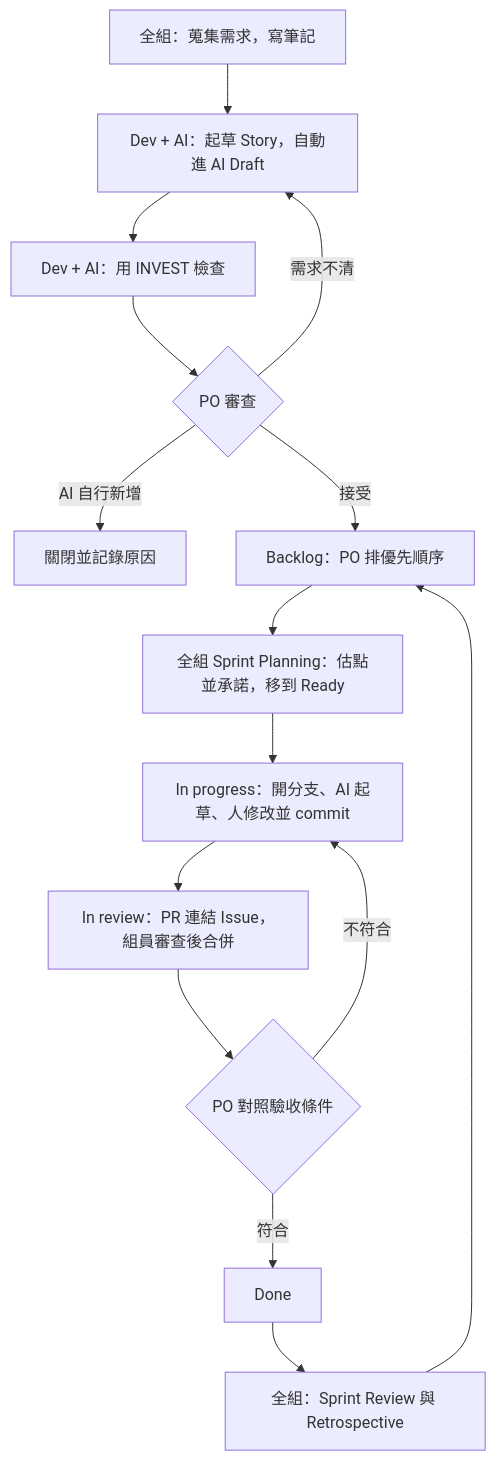
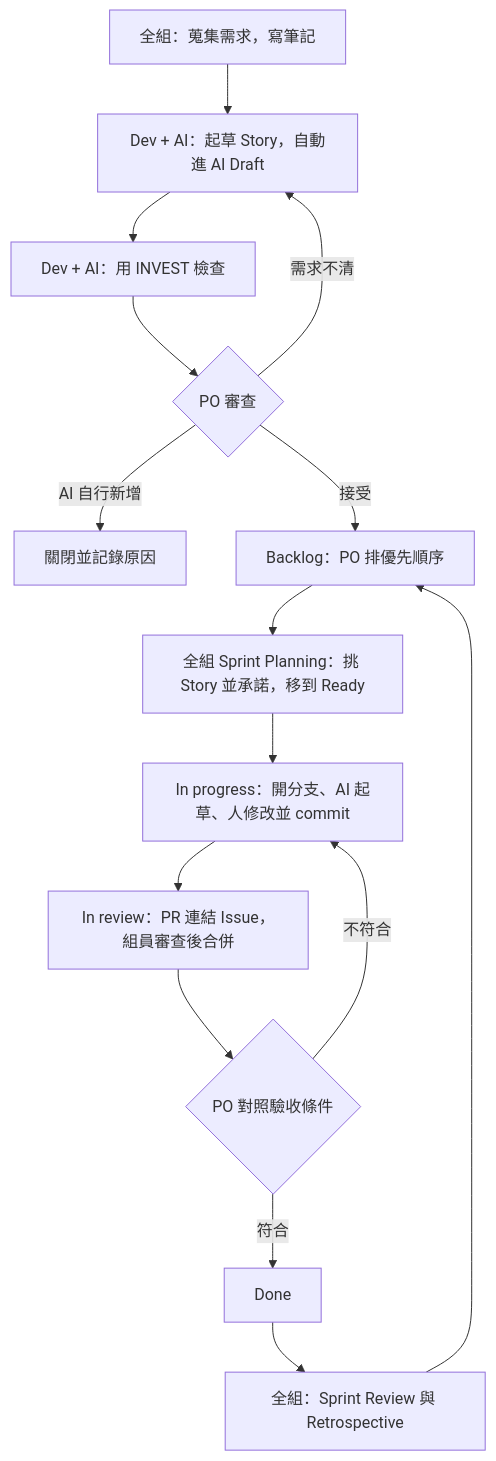
The diagram in docs/agile-ai-workflow.md (cm4578/SE-2026), drawn with Mermaid before and after one commit. The commit also changed other lines of this file and 1 other file, not shown here.

First line of the commit message:
docs: 期末 Sprint Planning 改用張數，不估點

````diff
--- a/docs/agile-ai-workflow.md
+++ b/docs/agile-ai-workflow.md
@@ -27,17 +27,17 @@
 ```mermaid
 flowchart TD
     A[全組：蒐集需求，寫筆記] --> B[Dev + AI：起草 Story，自動進 AI Draft]
     B --> C[Dev + AI：用 INVEST 檢查]
     C --> D{PO 審查}
     D -- 需求不清 --> B
     D -- AI 自行新增 --> X[關閉並記錄原因]
     D -- 接受 --> E[Backlog：PO 排優先順序]
-    E --> F[全組 Sprint Planning：估點並承諾，移到 Ready]
+    E --> F[全組 Sprint Planning：挑 Story 並承諾，移到 Ready]
     F --> G[In progress：開分支、AI 起草、人修改並 commit]
     G --> H[In review：PR 連結 Issue，組員審查後合併]
     H --> I{PO 對照驗收條件}
     I -- 不符合 --> G
     I -- 符合 --> J[Done]
     J --> K[全組：Sprint Review 與 Retrospective]
     K --> E
 ```
````
